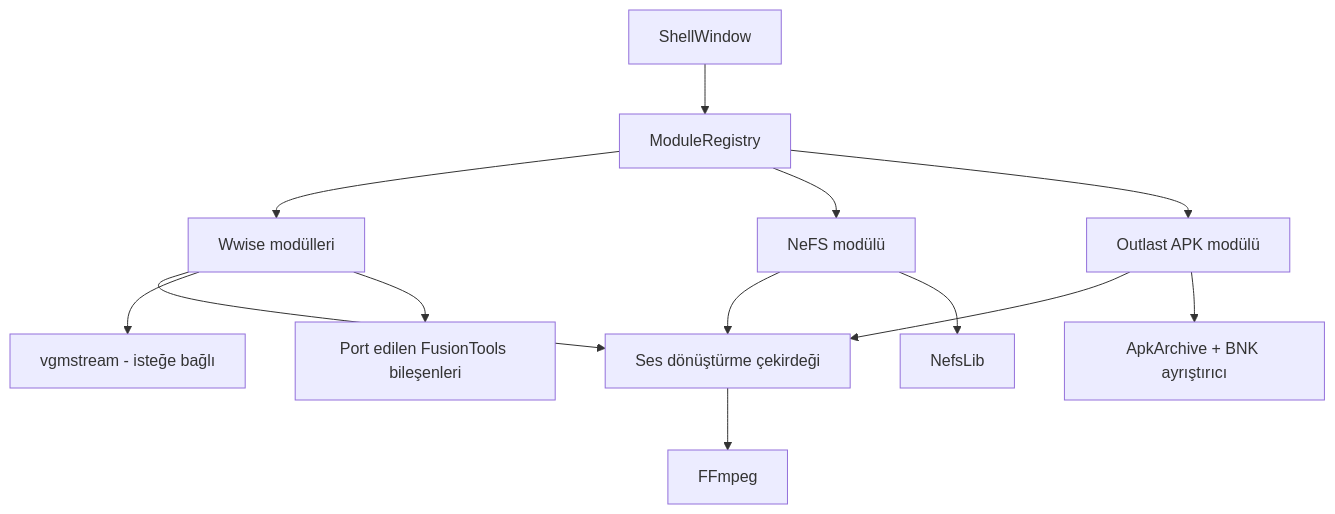
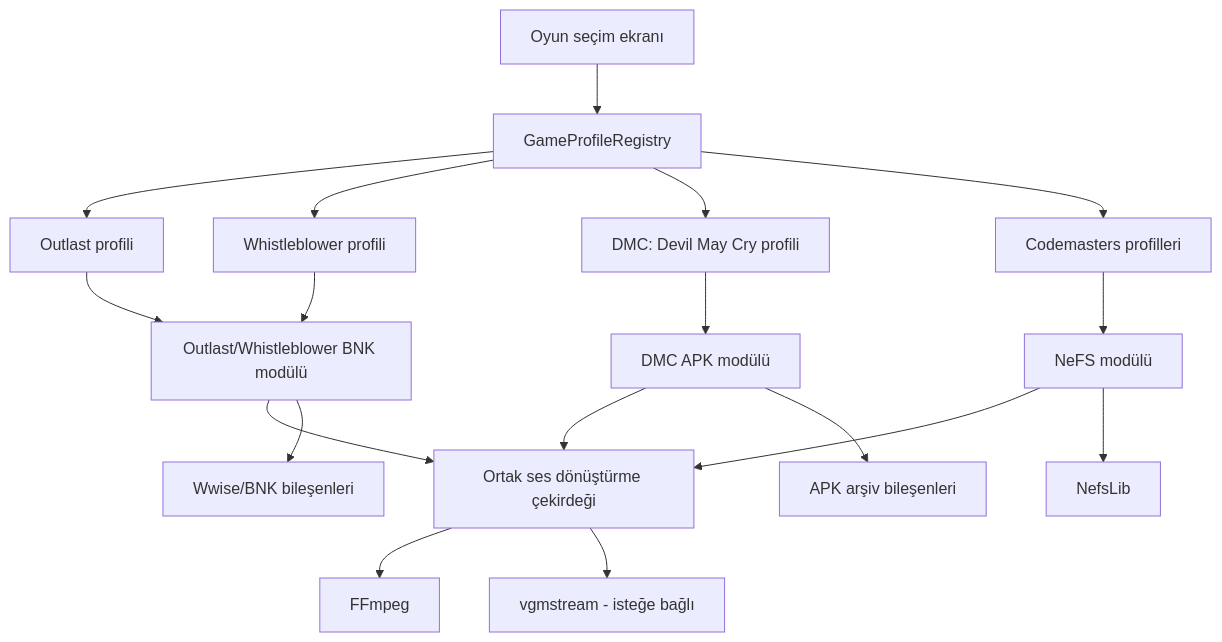
Before and after one commit to apexlions16/UDMT: the second of 2 diagrams in README.md, drawn with Mermaid. The commit also changed other lines of this file, not shown here.

Commit message:
Oyun ve dosya formatı eşlemesini düzelt

````diff
--- a/README.md
+++ b/README.md
@@ -205,17 +223,22 @@
 ```mermaid
 flowchart TD
-    S[ShellWindow] --> R[ModuleRegistry]
-    R --> W[Wwise modülleri]
-    R --> N[NeFS modülü]
-    R --> A[Outlast APK modülü]
+    S[Oyun seçim ekranı] --> P[GameProfileRegistry]
+    P --> O[Outlast profili]
+    P --> WB[Whistleblower profili]
+    P --> D[DMC: Devil May Cry profili]
+    P --> C[Codemasters profilleri]
 
-    W --> AC[Ses dönüştürme çekirdeği]
+    O --> B[Outlast/Whistleblower BNK modülü]
+    WB --> B
+    D --> A[DMC APK modülü]
+    C --> N[NeFS modülü]
+
+    B --> AC[Ortak ses dönüştürme çekirdeği]
+    A --> AC
     N --> AC
-    A --> AC
-
     AC --> FF[FFmpeg]
-    W --> VG[vgmstream - isteğe bağlı]
+    AC --> VG[vgmstream - isteğe bağlı]
+    B --> FT[Wwise/BNK bileşenleri]
+    A --> AA[APK arşiv bileşenleri]
     N --> NL[NefsLib]
-    A --> BA[ApkArchive + BNK ayrıştırıcı]
-    W --> FT[Port edilen FusionTools bileşenleri]
 ```
````
